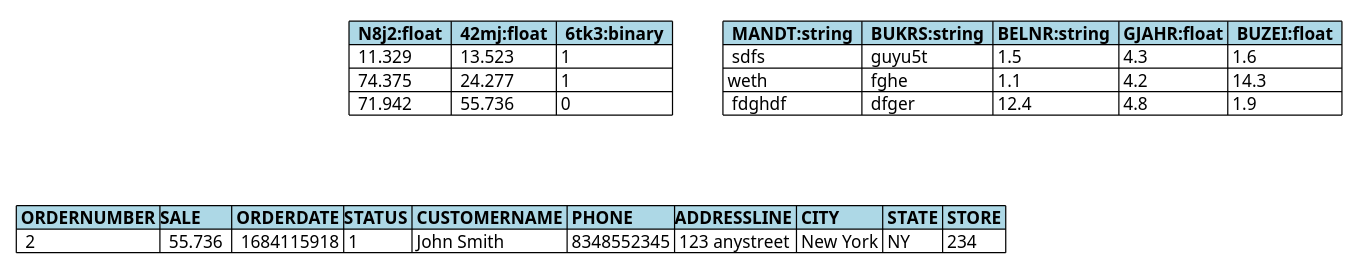
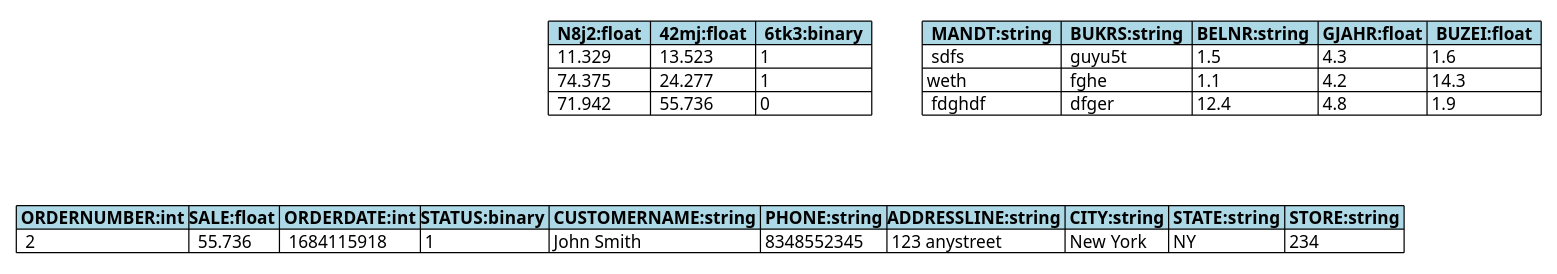
One commit to bclipp/docs-project changed the diagram in schemas/bronze.pu. Above: the diagram before and after it, drawn with PlantUML. The commit also changed 5 other files, not shown here.

Commit message:
add schemas

```diff
--- a/schemas/bronze.pu
+++ b/schemas/bronze.pu
@@ -1,32 +1,32 @@
 @startuml
 <style>
 class {
     BackgroundColor transparent
     linecolor transparent
 }
 </style>
 
 
 hide empty members
 hide circle
 
 class "<#lightblue,#black>|=  N8j2:float  |=  42mj:float  |=  6tk3:binary  |\n\
 <#white>|  11.329  |  13.523   | 1 |\n\
 <#white>|  74.375  |  24.277  | 1 |\n\
 <#white>|  71.942  |  55.736  | 0 |" as machine_raw {
 }
 
 
 class "<#lightblue,#black>|=  MANDT:string  |=  BUKRS:string  |= BELNR:string  |= GJAHR:float |=  BUZEI:float  |\n\
 <#white>|  sdfs  |  guyu5t   | 1.5 | 4.3| 1.6 |\n\
 <#white>| weth  |  fghe  | 1.1 | 4.2| 14.3 |\n\
 <#white>|  fdghdf  |  dfger  | 12.4 | 4.8| 1.9 |" as sap_BSEG {
 }
 
 
-class "<#lightblue,#black>|= ORDERNUMBER |=SALE |= ORDERDATE |=STATUS |= CUSTOMERNAME |= PHONE |=ADDRESSLINE |= CITY |= STATE |= STORE |\n\
+class "<#lightblue,#black>|= ORDERNUMBER:int |=SALE:float |= ORDERDATE:int |=STATUS:binary |= CUSTOMERNAME:string |= PHONE:string |=ADDRESSLINE:string |= CITY:string |= STATE:string |= STORE:string |\n\
 <#white>|  2  |  55.736  |  1684115918 | 1 | John Smith | 8348552345 | 123 anystreet | New York | NY| 234|" as sales {
 }
 
 
 @enduml
```
